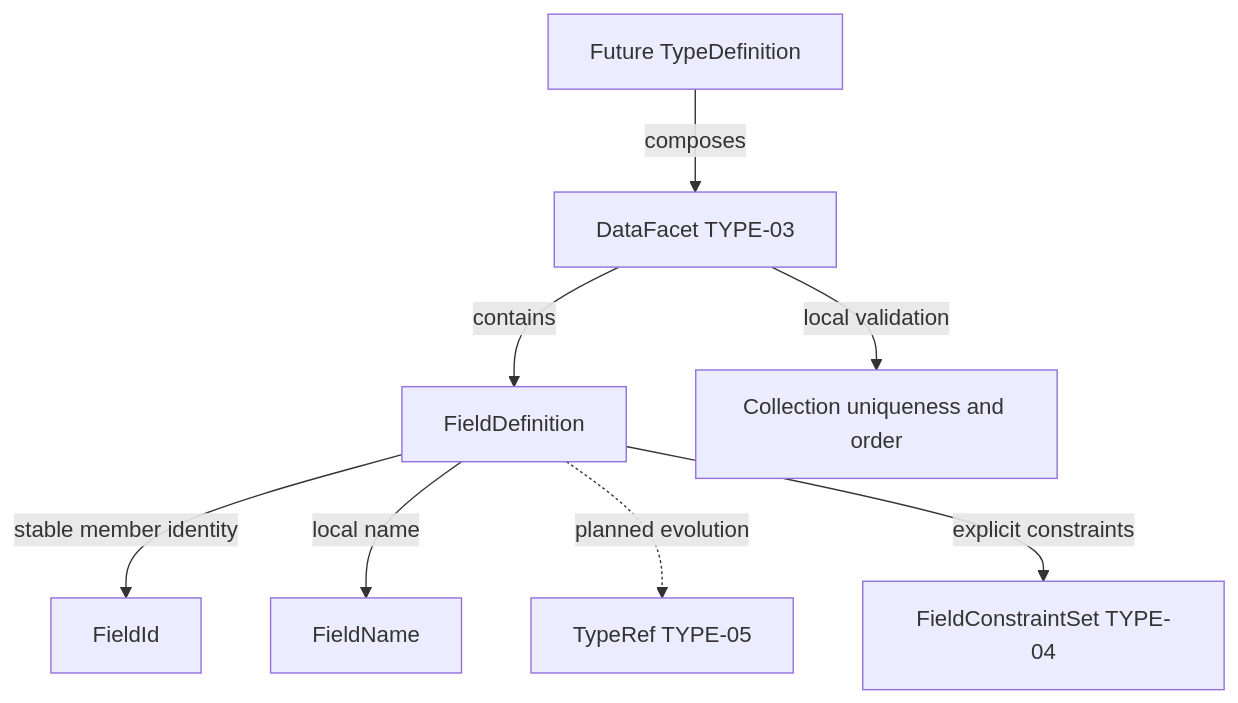
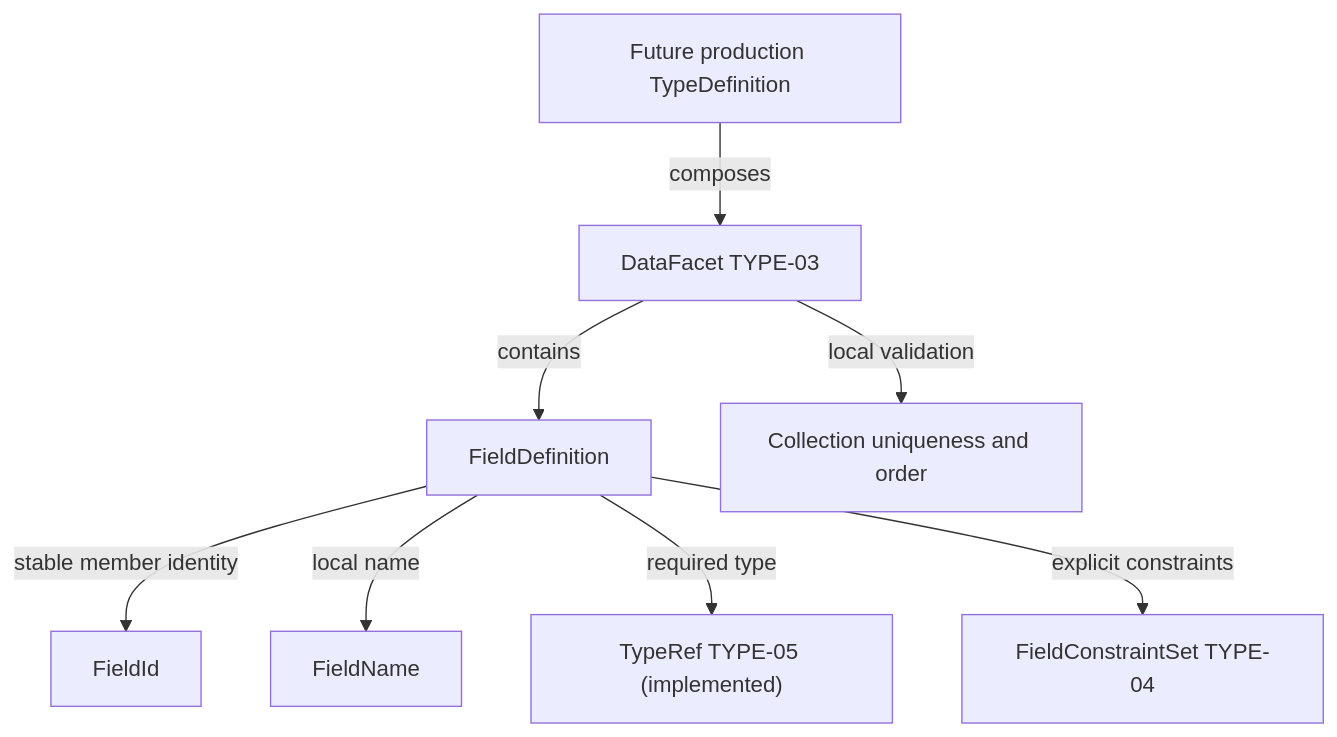
Before and after one commit to abokyan-ai/echosystem_enterprice_platform: the diagram in docs/model/field-definition.md, drawn with Mermaid. The commit also changed other lines of this file and 24 other files, not shown here.

````diff
--- a/docs/model/field-definition.md
+++ b/docs/model/field-definition.md
@@ -56,10 +58,10 @@
 ```mermaid
 flowchart TD
-    T["Future TypeDefinition"] -->|composes| D["DataFacet TYPE-03"]
+    T["Future production TypeDefinition"] -->|composes| D["DataFacet TYPE-03"]
     D -->|contains| F["FieldDefinition"]
     F -->|stable member identity| I["FieldId"]
     F -->|local name| N["FieldName"]
     D -->|local validation| C["Collection uniqueness and order"]
-    F -.->|planned evolution| R["TypeRef TYPE-05"]
+    F -->|required type| R["TypeRef TYPE-05 (implemented)"]
     F -->|explicit constraints| K["FieldConstraintSet TYPE-04"]
 ```
````
